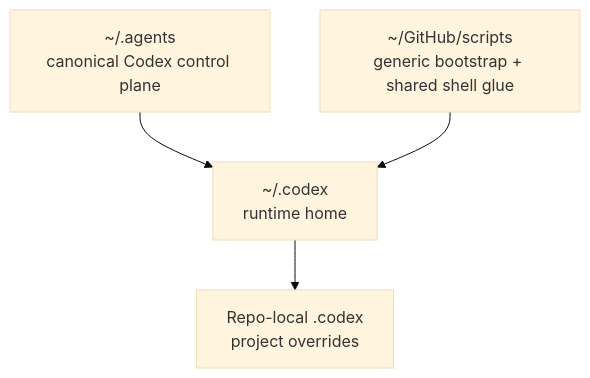
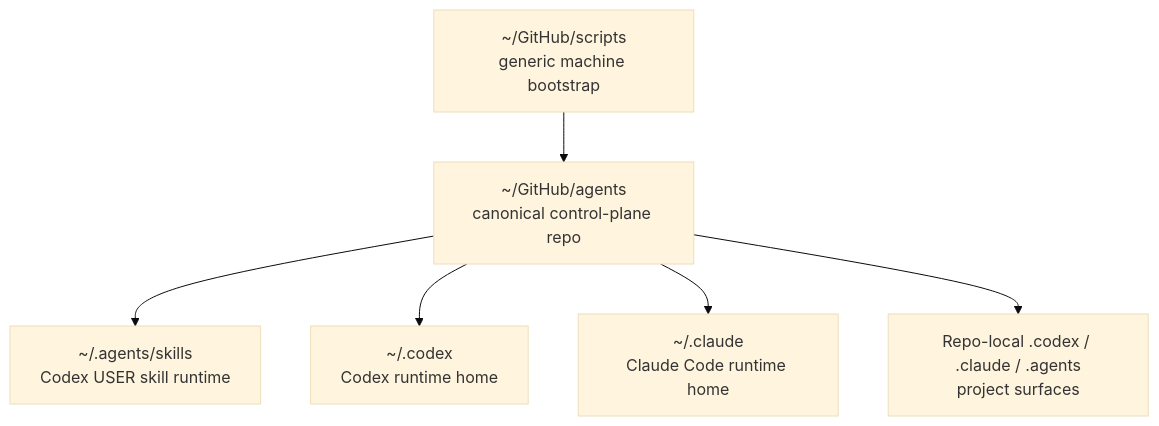
The first of 2 diagrams in docs/architecture/codex-control-plane.md (wisdom-in-a-nutshell/.agents), drawn with Mermaid (base theme) before and after one commit. The commit also changed other lines of this file and 109 other files, not shown here.

````diff
--- a/docs/architecture/codex-control-plane.md
+++ b/docs/architecture/codex-control-plane.md
@@ -26,11 +9,15 @@
 ```mermaid
 flowchart TD
-    A[~/.agents<br/>canonical Codex control plane]
-    B[~/GitHub/scripts<br/>generic bootstrap + shared shell glue]
-    C[~/.codex<br/>runtime home]
-    D[Repo-local .codex<br/>project overrides]
+    A["~/GitHub/agents<br/>canonical control-plane repo"]
+    B["~/.agents/skills<br/>Codex USER skill runtime"]
+    C["~/.codex<br/>Codex runtime home"]
+    D["~/.claude<br/>Claude Code runtime home"]
+    E["Repo-local .codex / .claude / .agents<br/>project surfaces"]
+    F["~/GitHub/scripts<br/>generic machine bootstrap"]
 
+    A --> B
     A --> C
-    B --> C
-    C --> D
+    A --> D
+    A --> E
+    F --> A
 ```
````
